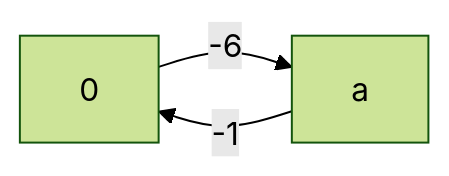
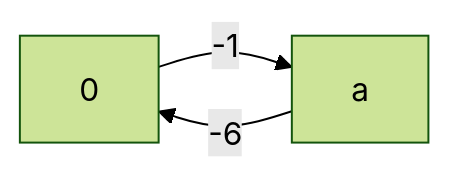
One commit to bathan1/caprice-lang changed the sixth of 6 diagrams in docs/blue3.md. Above: the diagram before and after it, drawn with Mermaid (forest theme). The commit also changed other lines of this file and 1 other file, not shown here.

````diff
--- a/docs/blue3.md
+++ b/docs/blue3.md
@@ -251,8 +304,8 @@
 ```mermaid
 graph LR
   n0["0"]
   na["a"]
 
-  n0 -->|"-6"| na
-  na -->|"-1"| n0
+  na -->|"-6"| n0
+  n0 -->|"-1"| na
 ```
````
